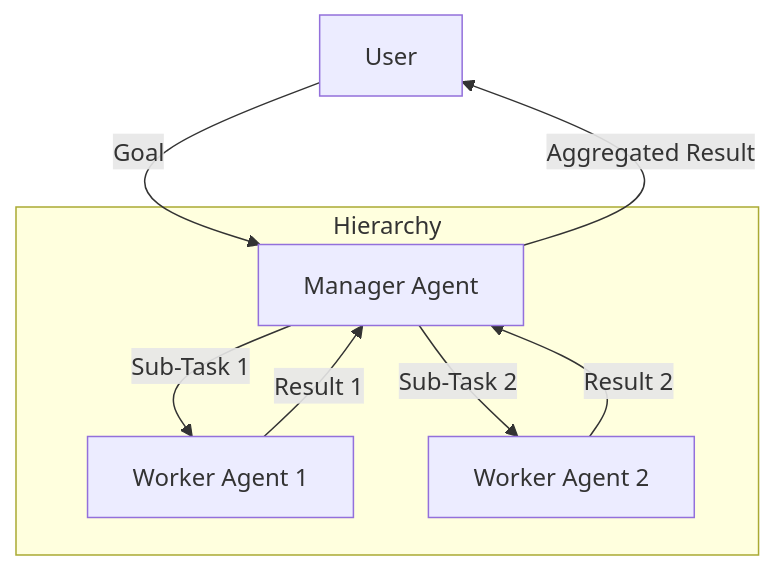
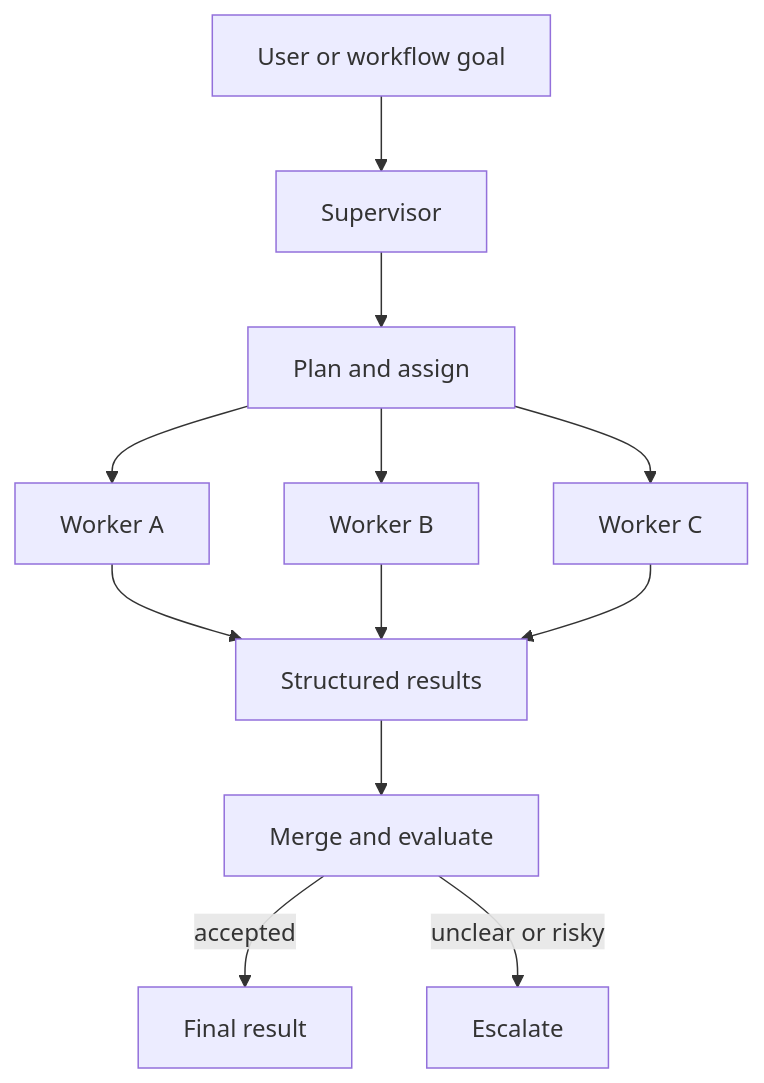
Before and after one commit to GTuritto/Agentic-Systems-Patterns: the diagram in hierarchical-agent-pattern/README.md, drawn with Mermaid. The commit also changed other lines of this file and 1 other file, not shown here.

Commit message:
docs: strengthen supervisor worker pattern guidance

````diff
--- a/hierarchical-agent-pattern/README.md
+++ b/hierarchical-agent-pattern/README.md
@@ -37,14 +28,14 @@
 ```mermaid
 flowchart TD
-    U[User] -- Goal --> M[Manager Agent]
-    M -- Sub-Task 1 --> W1[Worker Agent 1]
-    M -- Sub-Task 2 --> W2[Worker Agent 2]
-    W1 -- Result 1 --> M
-    W2 -- Result 2 --> M
-    M -- Aggregated Result --> U
-    subgraph Hierarchy
-        M
-        W1
-        W2
-    end
+    U[User or workflow goal] --> S[Supervisor]
+    S --> P[Plan and assign]
+    P --> W1[Worker A]
+    P --> W2[Worker B]
+    P --> W3[Worker C]
+    W1 --> R[Structured results]
+    W2 --> R
+    W3 --> R
+    R --> M[Merge and evaluate]
+    M -->|accepted| F[Final result]
+    M -->|unclear or risky| H[Escalate]
 ```
````
